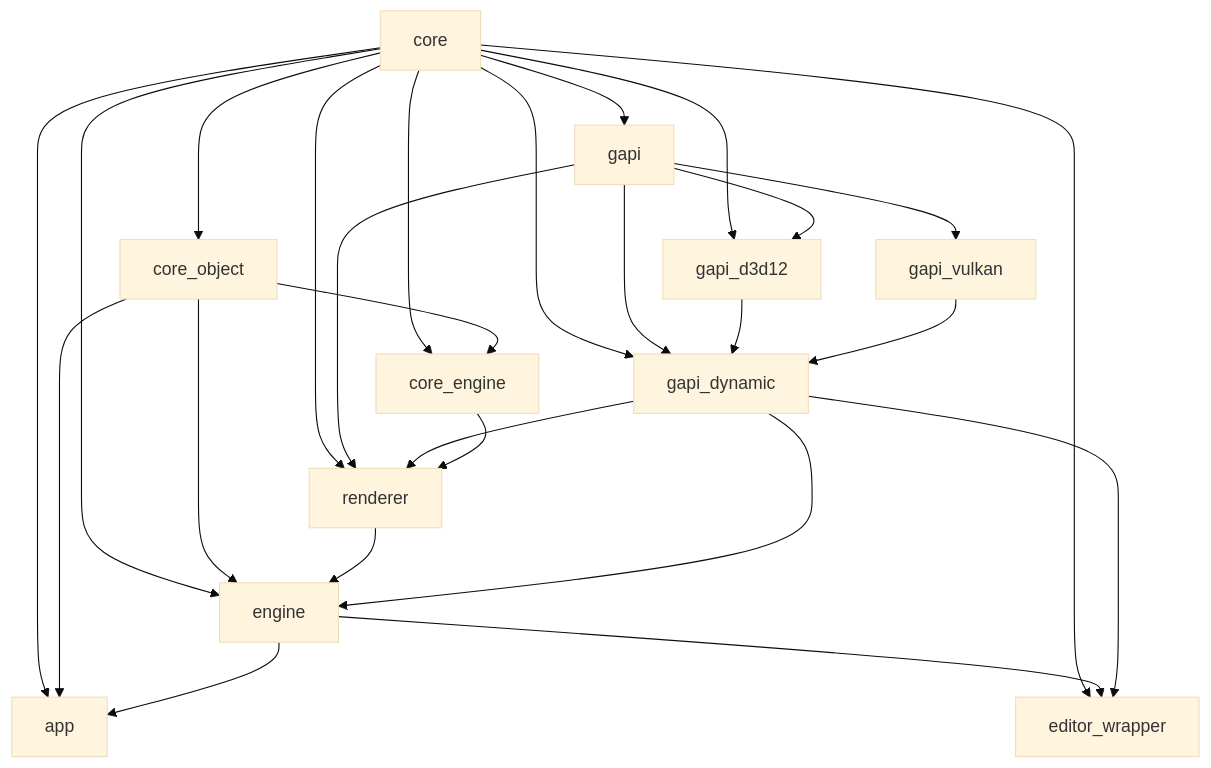
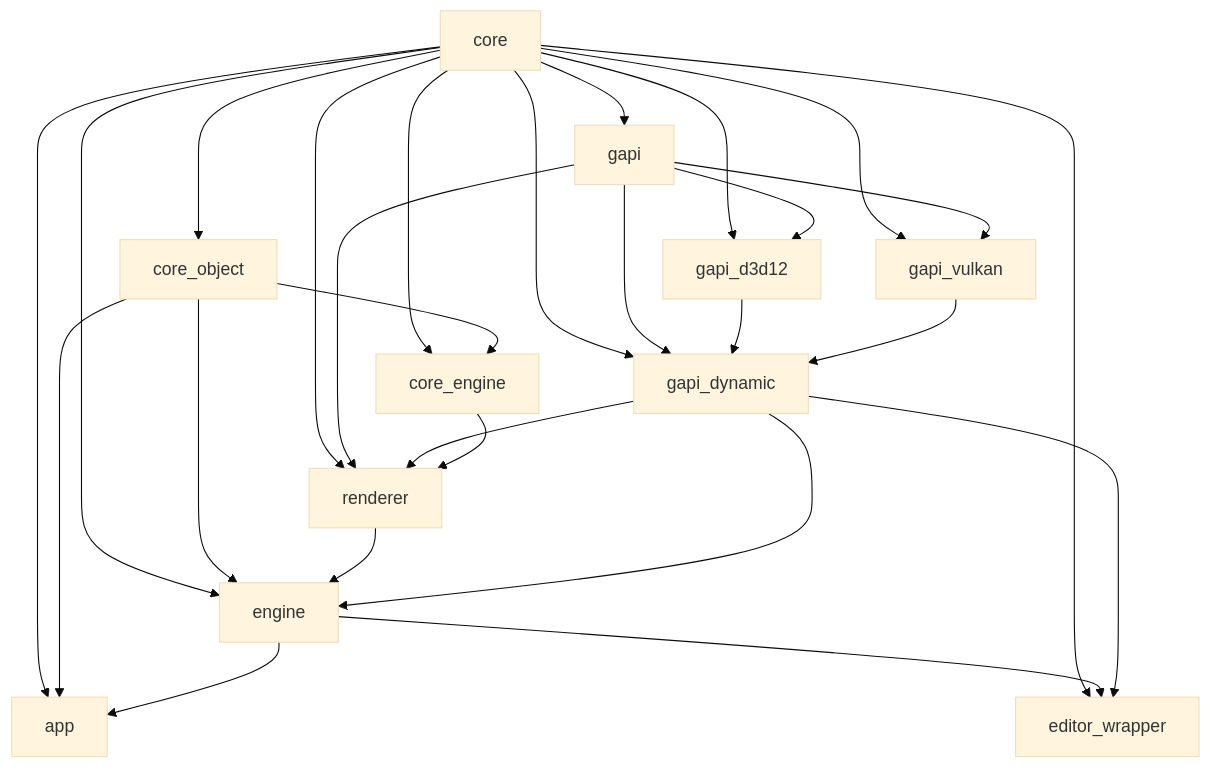
One commit to hellokenlee/NeneEngine2 changed the diagram in README.md. Above: the diagram before and after it, drawn with Mermaid (base theme). The commit also changed 4 other files, not shown here.

````diff
--- a/README.md
+++ b/README.md
@@ -92,28 +92,29 @@
 ```mermaid
 graph TD
   core --> app
   core_object --> app
   engine --> app
   core --> core_engine
   core_object --> core_engine
   core --> core_object
   core --> editor_wrapper
   engine --> editor_wrapper
   gapi_dynamic --> editor_wrapper
   core --> engine
   core_object --> engine
   renderer --> engine
   gapi_dynamic --> engine
   core --> gapi
   core --> gapi_d3d12
   gapi --> gapi_d3d12
   core --> gapi_dynamic
   gapi --> gapi_dynamic
   gapi_d3d12 --> gapi_dynamic
   gapi_vulkan --> gapi_dynamic
+  core --> gapi_vulkan
   gapi --> gapi_vulkan
   core --> renderer
   gapi --> renderer
   gapi_dynamic --> renderer
   core_engine --> renderer
 ```
````
